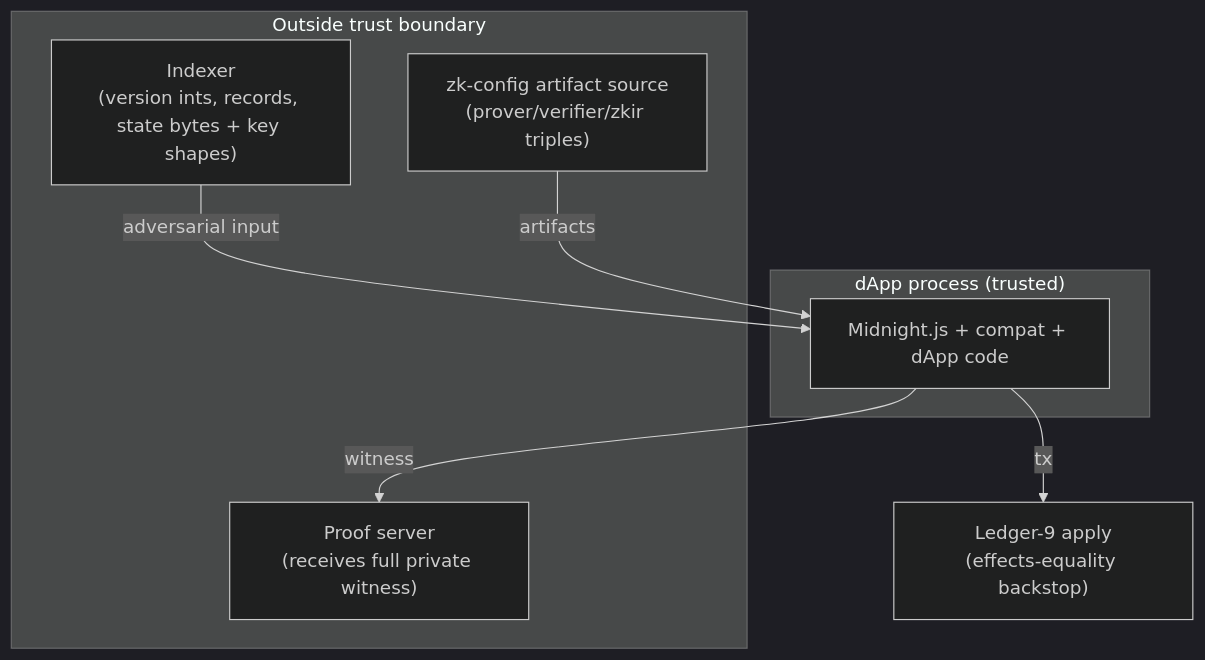
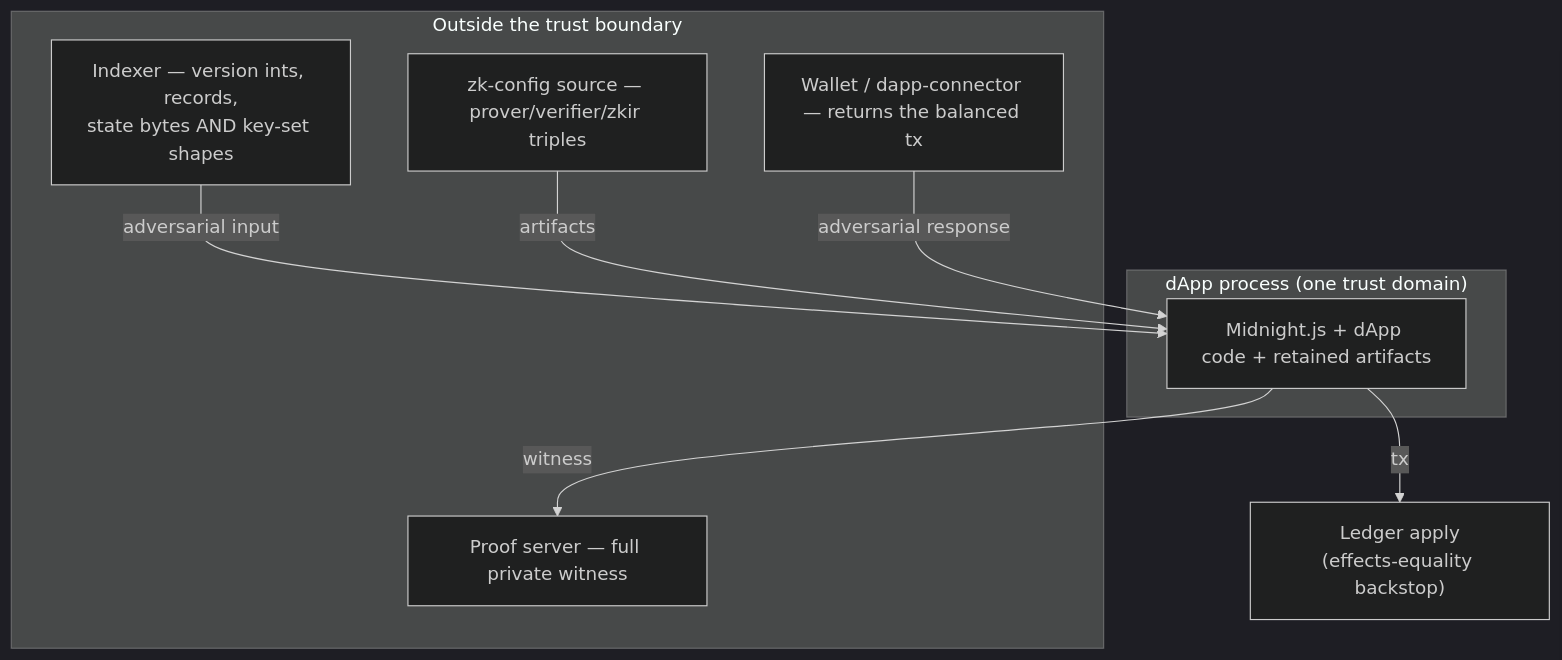
One commit to midnightntwrk/midnight-js changed the ninth of 10 diagrams in docs/architecture/2026-08-05-ledger-v8-v9-dual-support-architecture.md. Above: the diagram before and after it, drawn with Mermaid (dark theme). The commit also changed other lines of this file and 3 other files, not shown here.

````diff
--- a/docs/architecture/2026-08-05-ledger-v8-v9-dual-support-architecture.md
+++ b/docs/architecture/2026-08-05-ledger-v8-v9-dual-support-architecture.md
@@ -447,17 +403,19 @@
 ```mermaid
 flowchart TB
-    subgraph trusted["dApp process (trusted)"]
-        mjs[Midnight.js + compat + dApp code]
+    subgraph trusted["dApp process (one trust domain)"]
+        mjs["Midnight.js + dApp code + retained artifacts"]
     end
-    subgraph untrusted["Outside trust boundary"]
-        idx["Indexer<br/>(version ints, records, state bytes + key shapes)"]
-        ps["Proof server<br/>(receives full private witness)"]
-        zk["zk-config artifact source<br/>(prover/verifier/zkir triples)"]
+    subgraph untrusted["Outside the trust boundary"]
+        idx["Indexer — version ints, records,<br/>state bytes AND key-set shapes"]
+        ps["Proof server — full private witness"]
+        zk["zk-config source — prover/verifier/zkir triples"]
+        wal["Wallet / dapp-connector — returns the balanced tx"]
     end
-    ledger["Ledger-9 apply<br/>(effects-equality backstop)"]
+    ledger["Ledger apply<br/>(effects-equality backstop)"]
 
     idx -->|adversarial input| mjs
+    zk -->|artifacts| mjs
+    wal -->|adversarial response| mjs
     mjs -->|witness| ps
-    zk -->|artifacts| mjs
     mjs -->|tx| ledger
 ```
````
